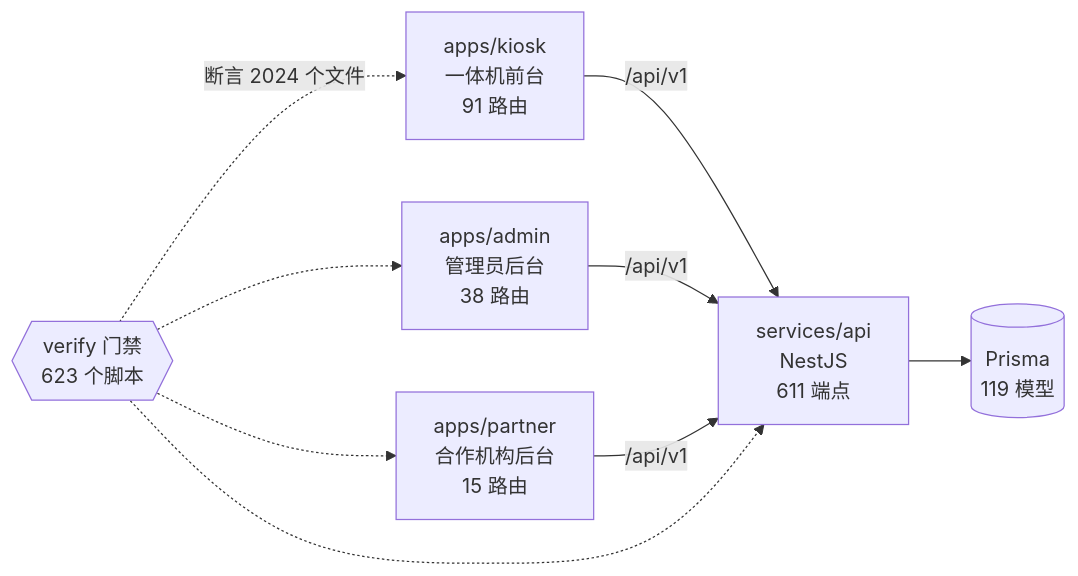
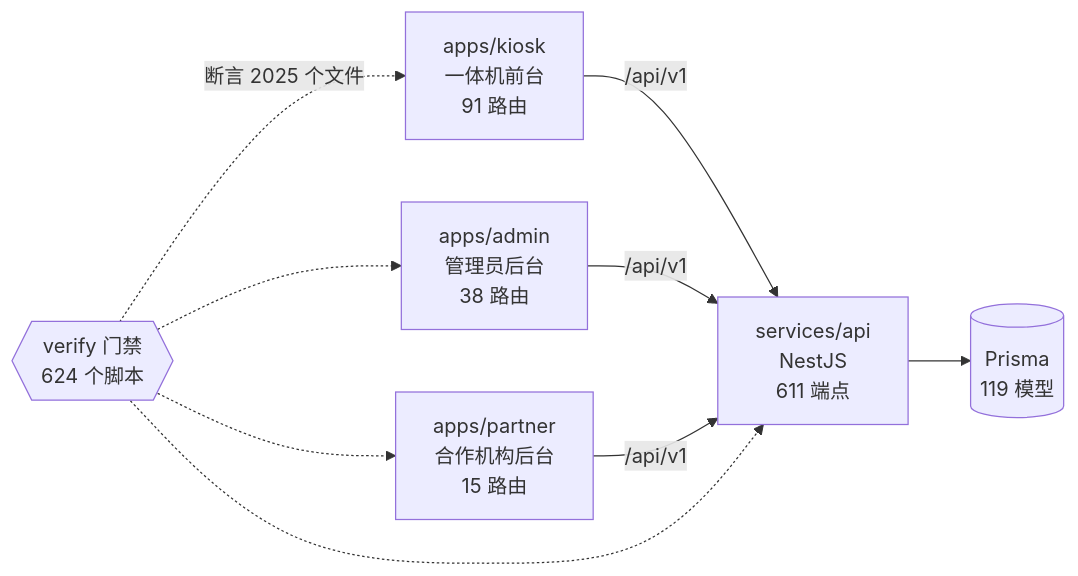
Before and after one commit to wanglei581/YITIJI: the diagram in docs/graph/README.md, drawn with Mermaid. The commit also changed other lines of this file and 19 other files, not shown here.

````diff
--- a/docs/graph/README.md
+++ b/docs/graph/README.md
@@ -68,18 +68,18 @@
 ```mermaid
 flowchart LR
   kiosk["apps/kiosk<br/>一体机前台<br/>91 路由"]
   admin["apps/admin<br/>管理员后台<br/>38 路由"]
   partner["apps/partner<br/>合作机构后台<br/>15 路由"]
   api["services/api<br/>NestJS<br/>611 端点"]
   db[("Prisma<br/>119 模型")]
-  gates{{"verify 门禁<br/>623 个脚本"}}
+  gates{{"verify 门禁<br/>624 个脚本"}}
 
   kiosk -->|"/api/v1"| api
   admin -->|"/api/v1"| api
   partner -->|"/api/v1"| api
   api --> db
-  gates -.->|"断言 2024 个文件"| kiosk
+  gates -.->|"断言 2025 个文件"| kiosk
   gates -.-> admin
   gates -.-> partner
   gates -.-> api
 ```
````
